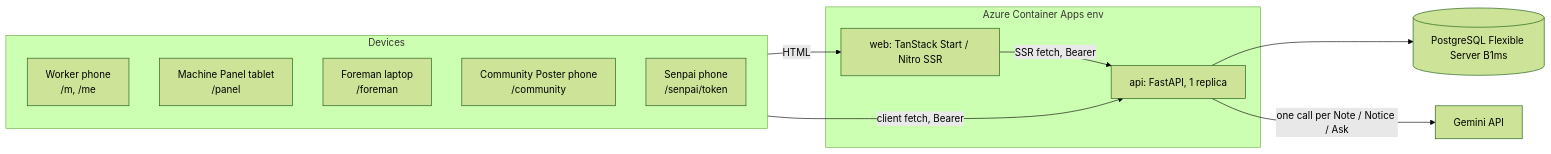
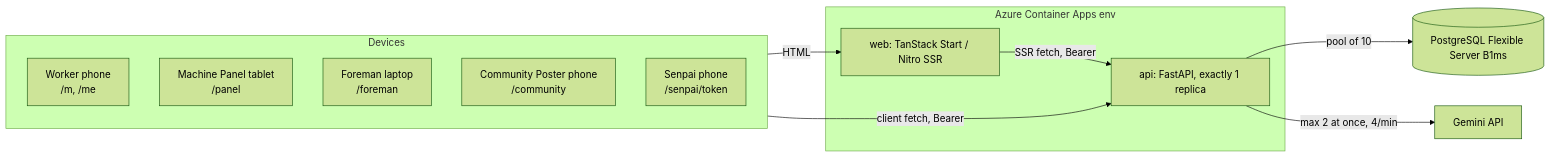
The first of 3 diagrams in docs/BACKEND_ARCHITECTURE.md (minuwu/TechTsunagu), drawn with Mermaid (forest theme) before and after one commit. The commit also changed other lines of this file and 5 other files, not shown here.

````diff
--- a/docs/BACKEND_ARCHITECTURE.md
+++ b/docs/BACKEND_ARCHITECTURE.md
@@ -13,21 +28,21 @@
 ```mermaid
 flowchart LR
   subgraph Devices
     W[Worker phone<br/>/m, /me]
     P[Machine Panel tablet<br/>/panel]
     F[Foreman laptop<br/>/foreman]
     C[Community Poster phone<br/>/community]
     S[Senpai phone<br/>/senpai/token]
   end
   subgraph Azure Container Apps env
     WEB[web: TanStack Start / Nitro SSR]
-    API[api: FastAPI, 1 replica]
+    API[api: FastAPI, exactly 1 replica]
   end
   DB[(PostgreSQL Flexible Server B1ms)]
   G[Gemini API]
   Devices -- HTML --> WEB
   WEB -- SSR fetch, Bearer --> API
   Devices -- client fetch, Bearer --> API
-  API --> DB
-  API -- one call per Note / Notice / Ask --> G
+  API -- pool of 10 --> DB
+  API -- max 2 at once, 4/min --> G
 ```
````
